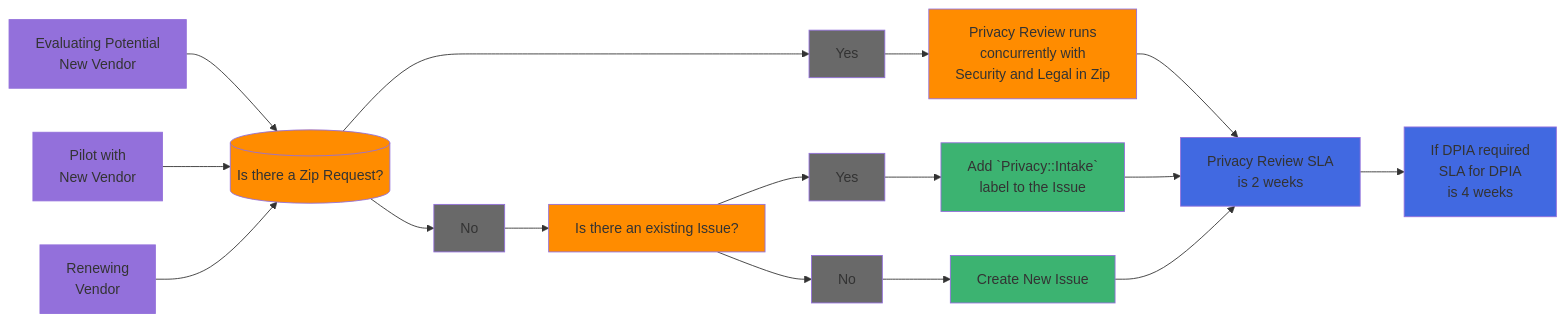
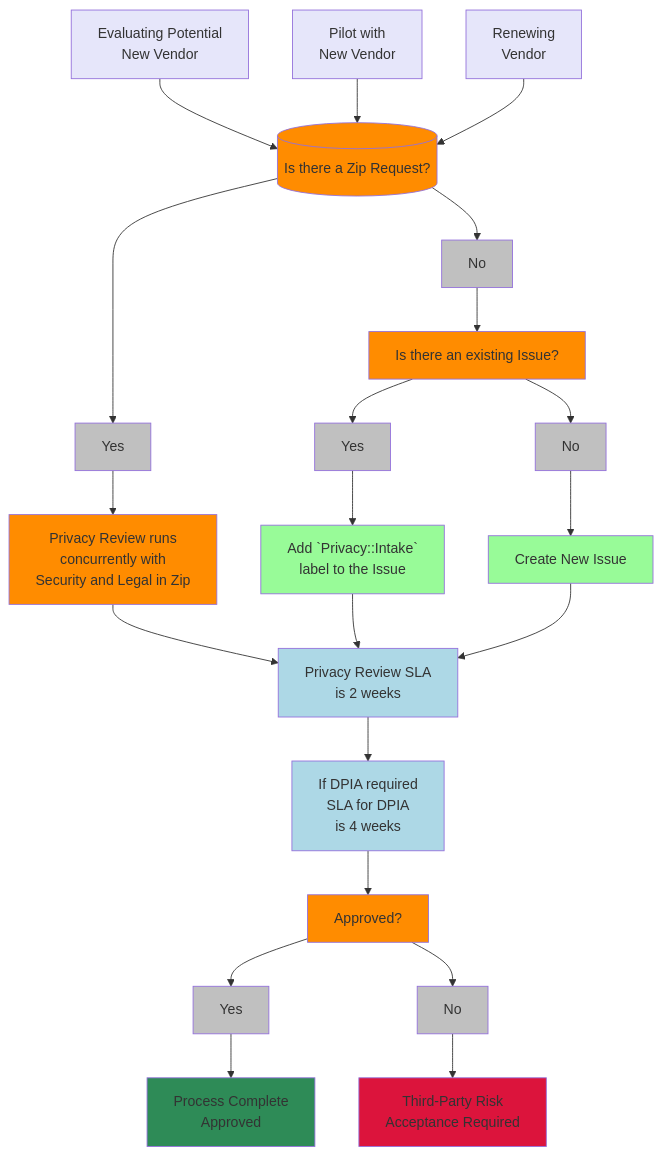
One commit to secretstartups/handbook changed the diagram in sites/handbook/source/handbook/legal/privacy/index.html.md. Above: the diagram before and after it, drawn with Mermaid. The commit also changed other lines of this file, not shown here.

Commit message:
Formatting updates to Privacy Handbook Page

````diff
--- a/sites/handbook/source/handbook/legal/privacy/index.html.md
+++ b/sites/handbook/source/handbook/legal/privacy/index.html.md
@@ -114,41 +134,48 @@
 ```mermaid
-graph LR
+graph TD
    A[Evaluating Potential<br> New Vendor] --> Did1[(Is there a Zip Request?)]
    B[Pilot with<br> New Vendor] --> Did1[(Is there a Zip Request?)]
    C[Renewing<br> Vendor] --> Did1[(Is there a Zip Request?)]
    Did1 --> E1[Yes]
    Did1 --> E2[No]
    E1 --> F[Privacy Review runs<br> concurrently with <br> Security and Legal in Zip]
    E2 --> G[Is there an existing Issue?]
    G --> H1[Yes]
    G --> H2[No]
    H1 --> I[Add `Privacy::Intake`<br> label to the Issue]
    H2 --> J[Create New Issue]
    F --> K[Privacy Review SLA<br> is 2 weeks]
    I --> K
    J --> K
    K --> L[If DPIA required<br> SLA for DPIA<br> is 4 weeks]
+   L --> M[Approved?]
+   M --> N1[Yes]
+   M --> N2[No]
+   N1 --> O[Process Complete<br> Approved]
+   N2 --> P[Third-Party Risk<br> Acceptance Required]
 
    click Did1 "https://about.gitlab.com/handbook/business-technology/enterprise-applications/guides/zip-guide/"
-   click J "gitlab.com/gitlab-com/legal-and-compliance/-/blob/master/.gitlab/issue_templates/Vendor-Procurement-Privacy-Review.md" _blank
+   click J "https://gitlab.com/gitlab-com/legal-and-compliance/-/blob/master/.gitlab/issue_templates/Vendor-Procurement-Privacy-Review.md" _blank
+   click P "https://gitlab.com/gitlab-com/legal-and-compliance/-/blob/master/.gitlab/issue_templates/Third-Party-Risk-Acceptance.md" _blank
 
-   style A fill:#9370DB
-   style B fill:#9370DB
-   style C fill:#9370DB
+   style A fill:#E6E6FA
+   style B fill:#E6E6FA
+   style C fill:#E6E6FA
    style Did1 fill:#FF8C00
-   style E1 fill:#696969
-   style E2 fill:#696969
+   style E1 fill:#C0C0C0
+   style E2 fill:#C0C0C0
    style F fill:#FF8C00
    style G fill:#FF8C00
-   style H1 fill:#696969
-   style H2 fill:#696969
-   style I fill:#3CB371
-   style J fill:#3CB371
-   style K fill:#4169E1	
-   style L fill:#4169E1	
-
-
-
-
+   style H1 fill:#C0C0C0
+   style H2 fill:#C0C0C0
+   style I fill:#98FB98
+   style J fill:#98FB98
+   style K fill:#ADD8E6	
+   style L fill:#ADD8E6	
+   style M fill:#FF8C00
+   style N1 fill:#C0C0C0
+   style N2 fill:#C0C0C0
+   style O fill:#2E8B57
+   style P fill:#DC143C
 
 ```
````
